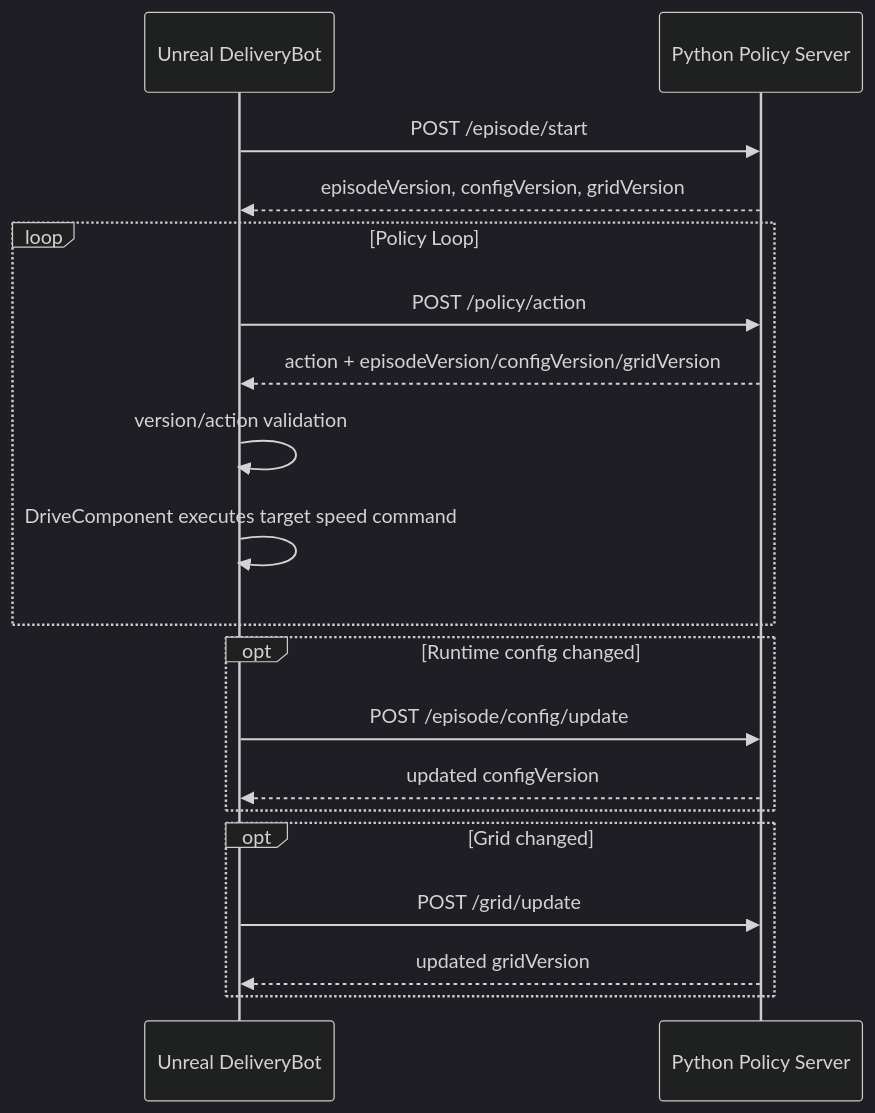
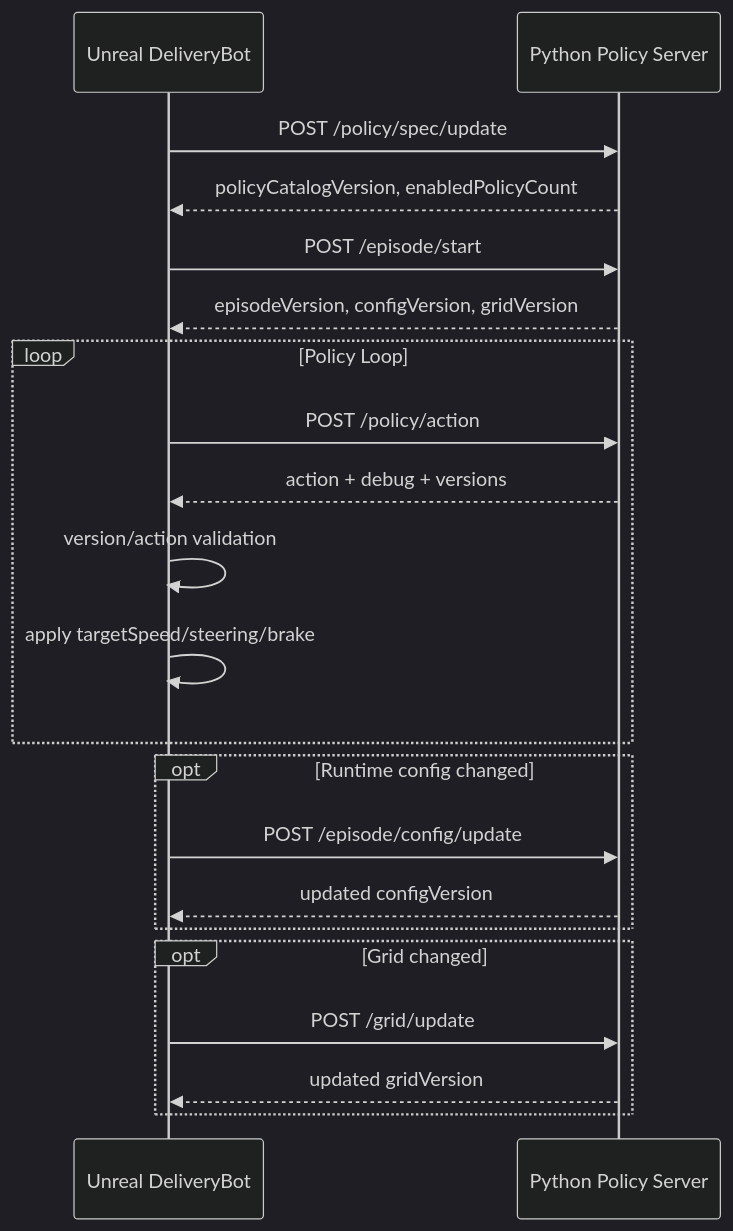
Before and after one commit to PotenupLogistics/Odiro: the diagram in Docs/DeliveryBot_Python_API_Current.md, drawn with Mermaid (dark theme). The commit also changed other lines of this file and 37 other files, not shown here.

````diff
--- a/Docs/DeliveryBot_Python_API_Current.md
+++ b/Docs/DeliveryBot_Python_API_Current.md
@@ -25,25 +14,28 @@
 ```mermaid
 sequenceDiagram
     participant UE as Unreal DeliveryBot
     participant PY as Python Policy Server
+
+    UE->>PY: POST /policy/spec/update
+    PY-->>UE: policyCatalogVersion, enabledPolicyCount
 
     UE->>PY: POST /episode/start
     PY-->>UE: episodeVersion, configVersion, gridVersion
 
     loop Policy Loop
         UE->>PY: POST /policy/action
-        PY-->>UE: action + episodeVersion/configVersion/gridVersion
+        PY-->>UE: action + debug + versions
         UE->>UE: version/action validation
-        UE->>UE: DriveComponent executes target speed command
+        UE->>UE: apply targetSpeed/steering/brake
     end
 
     opt Runtime config changed
         UE->>PY: POST /episode/config/update
         PY-->>UE: updated configVersion
     end
 
     opt Grid changed
         UE->>PY: POST /grid/update
         PY-->>UE: updated gridVersion
     end
 ```
````
